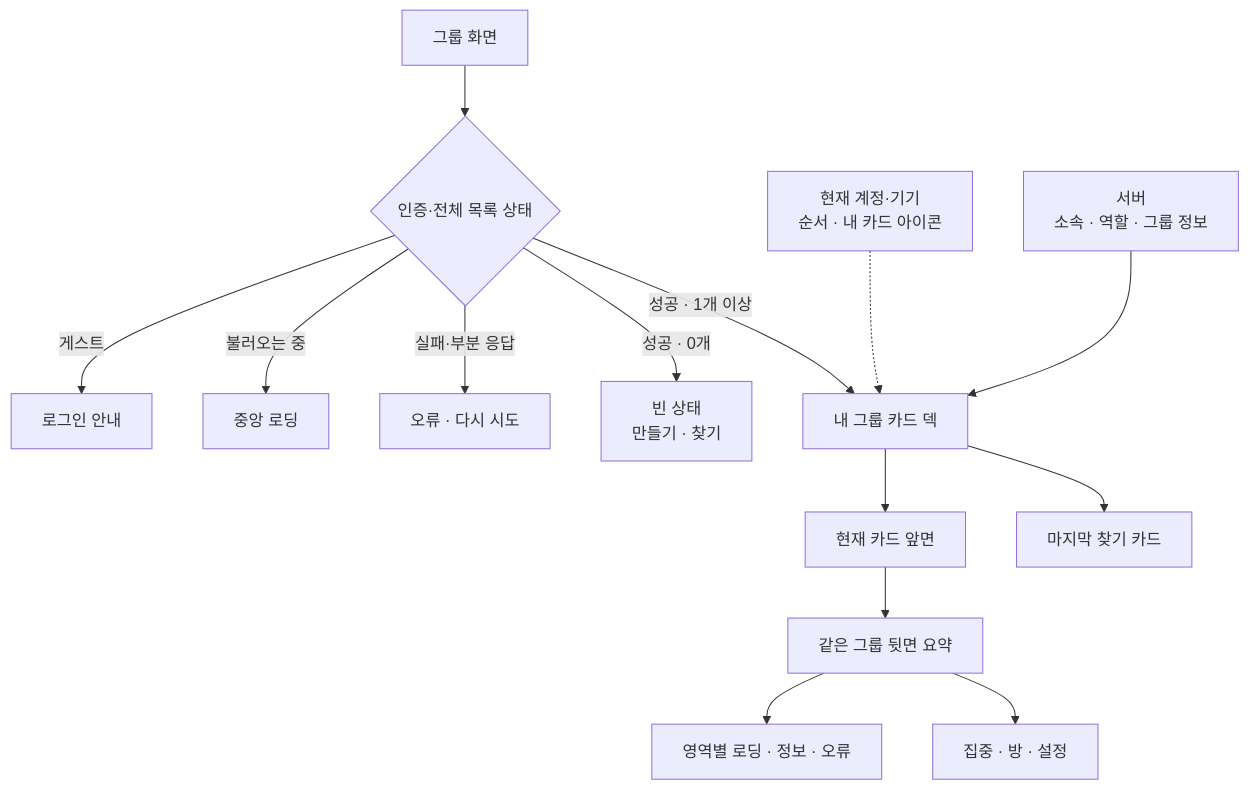
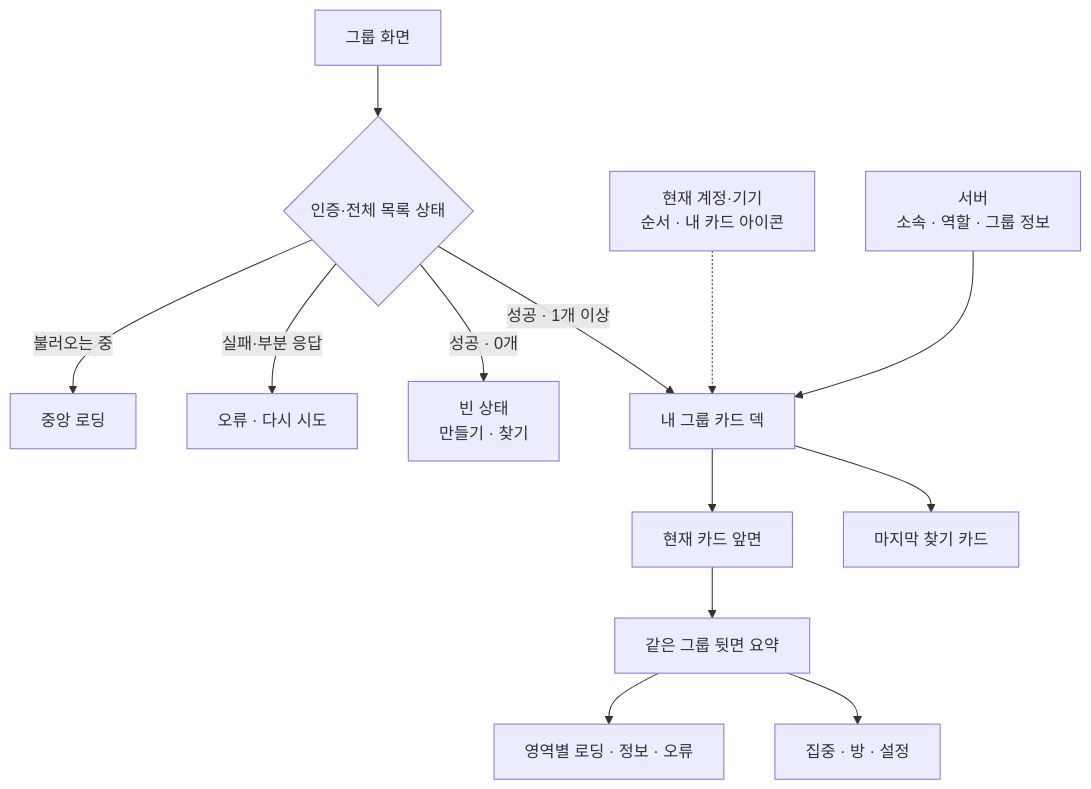
The second of 2 diagrams in docs/prd/group/features/02-my-groups/information-architecture.md (OneOrThree/phone), drawn with Mermaid before and after one commit. The commit also changed other lines of this file and 15 other files, not shown here.

````diff
--- a/docs/prd/group/features/02-my-groups/information-architecture.md
+++ b/docs/prd/group/features/02-my-groups/information-architecture.md
@@ -70,18 +71,17 @@
 ```mermaid
 flowchart TD
     Enter["그룹 화면"] --> State{"인증·전체 목록 상태"}
-    State -->|게스트| Guest["로그인 안내"]
     State -->|불러오는 중| Loading["중앙 로딩"]
     State -->|실패·부분 응답| Error["오류 · 다시 시도"]
     State -->|성공 · 0개| Empty["빈 상태<br/>만들기 · 찾기"]
     State -->|성공 · 1개 이상| Deck["내 그룹 카드 덱"]
 
     Deck --> Front["현재 카드 앞면"]
     Front --> Back["같은 그룹 뒷면 요약"]
     Deck --> Find["마지막 찾기 카드"]
     Back --> Section["영역별 로딩 · 정보 · 오류"]
     Back --> Action["집중 · 방 · 설정"]
 
     Local["현재 계정·기기<br/>순서 · 내 카드 아이콘"] -.-> Deck
     Server["서버<br/>소속 · 역할 · 그룹 정보"] --> Deck
 ```
````
